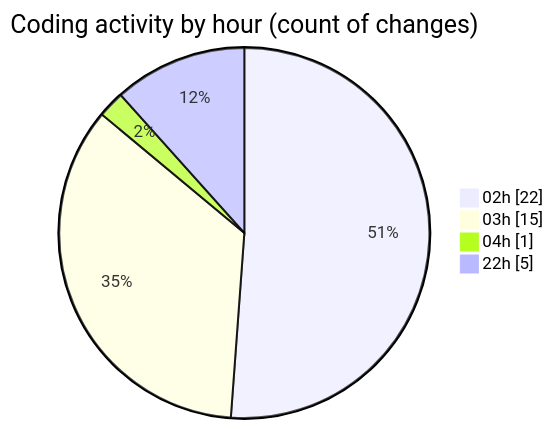
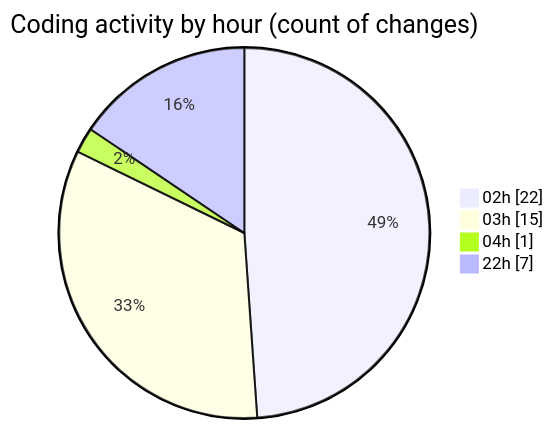
One commit to EIIisD/code-tracking changed the second of 2 diagrams in 2025-07-11/ribbon/README.md. Above: the diagram before and after it, drawn with Mermaid. The commit also changed other lines of this file and 1 other file, not shown here.

````diff
--- a/2025-07-11/ribbon/README.md
+++ b/2025-07-11/ribbon/README.md
@@ -43,8 +44,8 @@
 ```mermaid
 pie showData
 title Coding activity by hour (count of changes)
 "02h" : 22
 "03h" : 15
 "04h" : 1
-"22h" : 5
+"22h" : 7
 ```
````
